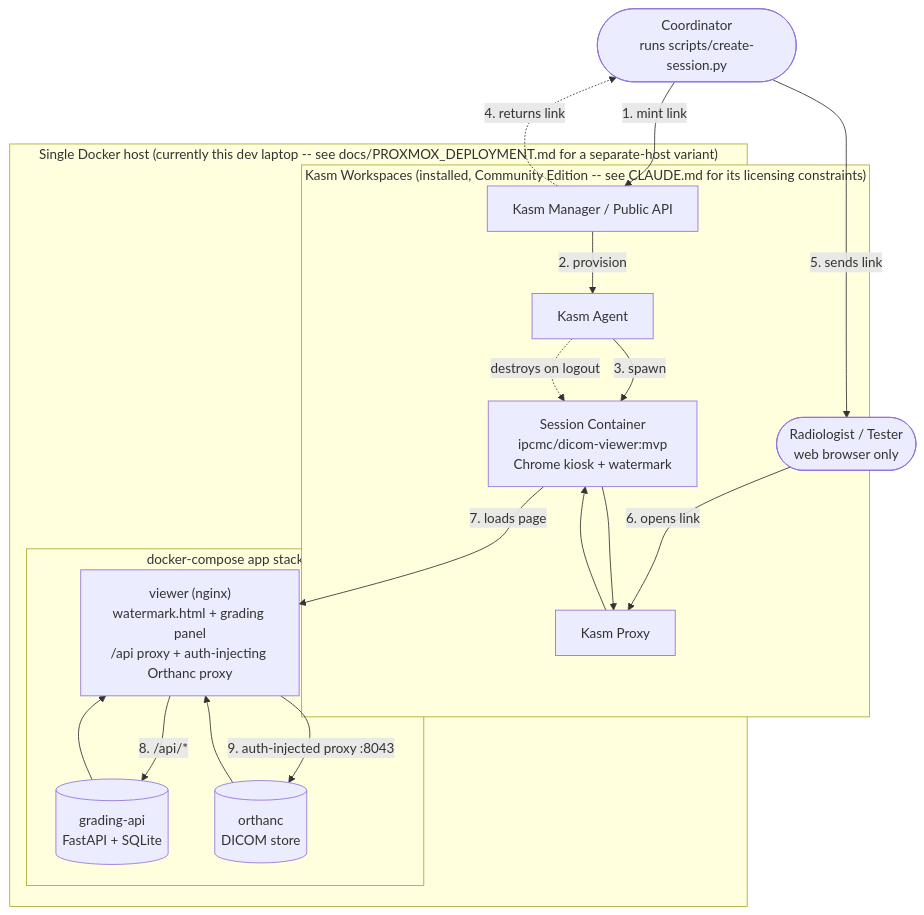
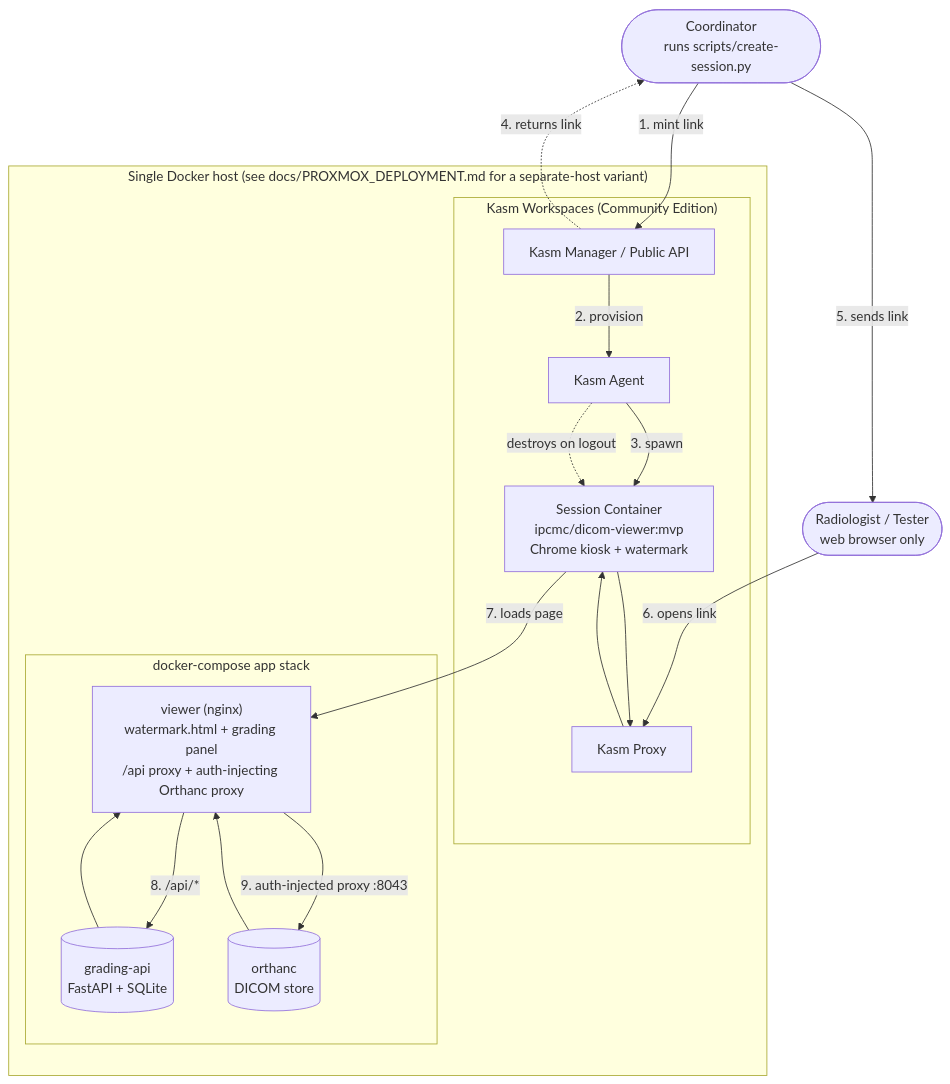
The second of 2 diagrams in docs/ARCHITECTURE.md (xWuWux/DICOM_app_viewer), drawn with Mermaid before and after one commit. The commit also changed other lines of this file, not shown here.

First line of the commit message:
Fix overlapping subgraphs in the deployment topology diagram

````diff
--- a/docs/ARCHITECTURE.md
+++ b/docs/ARCHITECTURE.md
@@ -74,37 +74,38 @@
 ```mermaid
+%%{init: {'flowchart': {'nodeSpacing': 65, 'rankSpacing': 75}}}%%
 flowchart TD
     Coordinator(["Coordinator<br/>runs scripts/create-session.py"])
     Student(["Radiologist / Tester<br/>web browser only"])
 
-    subgraph Host["Single Docker host (currently this dev laptop -- see docs/PROXMOX_DEPLOYMENT.md for a separate-host variant)"]
-        subgraph KasmInfra["Kasm Workspaces (installed, Community Edition -- see CLAUDE.md for its licensing constraints)"]
+    subgraph Host["Single Docker host (see docs/PROXMOX_DEPLOYMENT.md for a separate-host variant)"]
+        subgraph KasmInfra["Kasm Workspaces (Community Edition)"]
             KasmProxy["Kasm Proxy"]
             KasmAPI["Kasm Manager / Public API"]
             KasmAgent["Kasm Agent"]
             KasmContainer["Session Container<br/>ipcmc/dicom-viewer:mvp<br/>Chrome kiosk + watermark"]
         end
 
         subgraph AppStack["docker-compose app stack"]
             Viewer["viewer (nginx)<br/>watermark.html + grading panel<br/>/api proxy + auth-injecting Orthanc proxy"]
             GradingAPI[("grading-api<br/>FastAPI + SQLite")]
             Orthanc[("orthanc<br/>DICOM store")]
         end
     end
 
     Coordinator -->|"1. mint link"| KasmAPI
     KasmAPI -->|"2. provision"| KasmAgent
     KasmAgent -->|"3. spawn"| KasmContainer
     KasmAPI -.->|"4. returns link"| Coordinator
     Coordinator -->|"5. sends link"| Student
 
     Student -->|"6. opens link"| KasmProxy
     KasmProxy --> KasmContainer
     KasmContainer --> KasmProxy
     KasmContainer -->|"7. loads page"| Viewer
     Viewer -->|"8. /api/*"| GradingAPI
     GradingAPI --> Viewer
     Viewer -->|"9. auth-injected proxy :8043"| Orthanc
     Orthanc --> Viewer
 
     KasmAgent -.->|"destroys on logout"| KasmContainer
 ```
````
